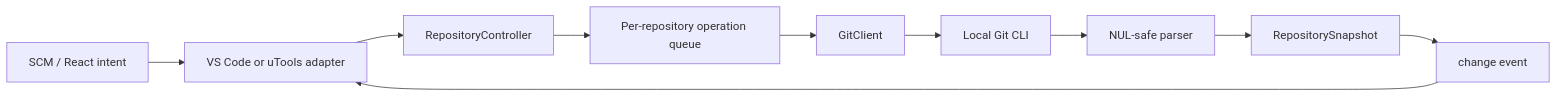
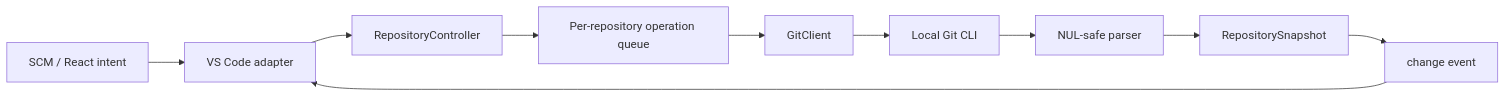
One commit to Listen3/git4vsc changed the diagram in docs/architecture.md. Above: the diagram before and after it, drawn with Mermaid. The commit also changed other lines of this file and 19 other files, not shown here.

````diff
--- a/docs/architecture.md
+++ b/docs/architecture.md
@@ -30,12 +29,12 @@
 ```mermaid
 flowchart LR
-  UI["SCM / React intent"] --> Adapter["VS Code or uTools adapter"]
+  UI["SCM / React intent"] --> Adapter["VS Code adapter"]
   Adapter --> Controller["RepositoryController"]
   Controller --> Queue["Per-repository operation queue"]
   Queue --> Client["GitClient"]
   Client --> Git["Local Git CLI"]
   Git --> Parser["NUL-safe parser"]
   Parser --> Snapshot["RepositorySnapshot"]
   Snapshot --> Events["change event"]
   Events --> Adapter
 ```
````
